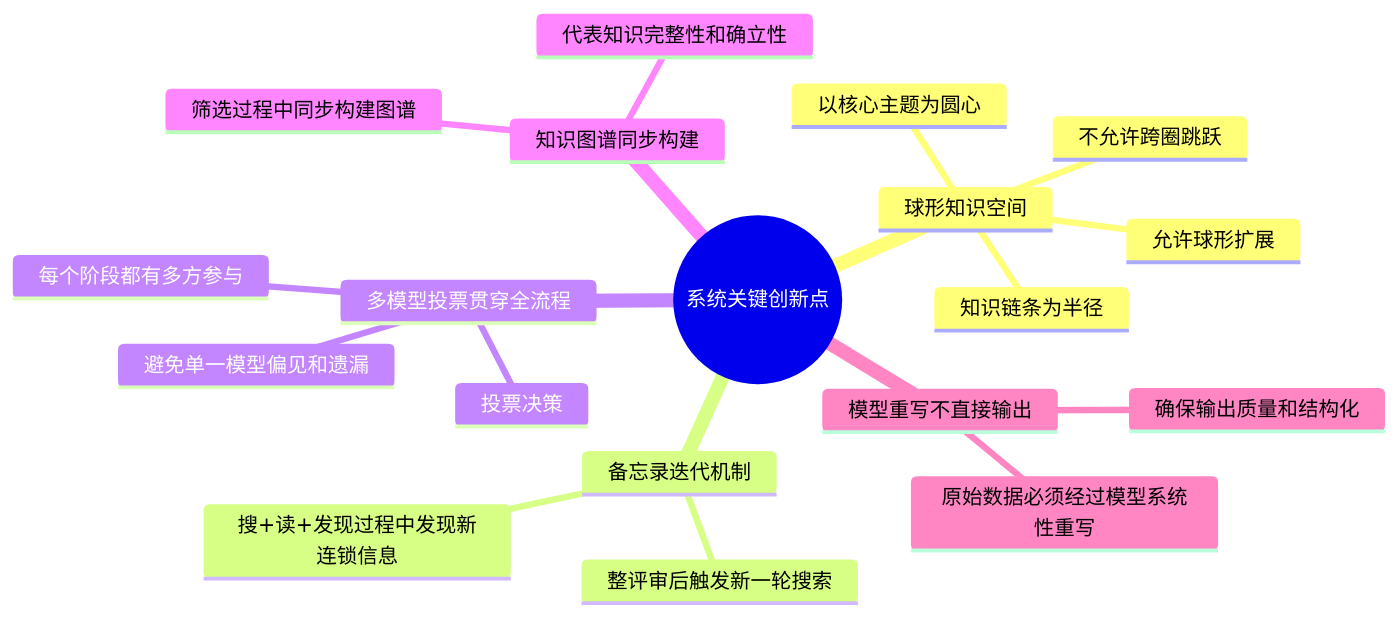
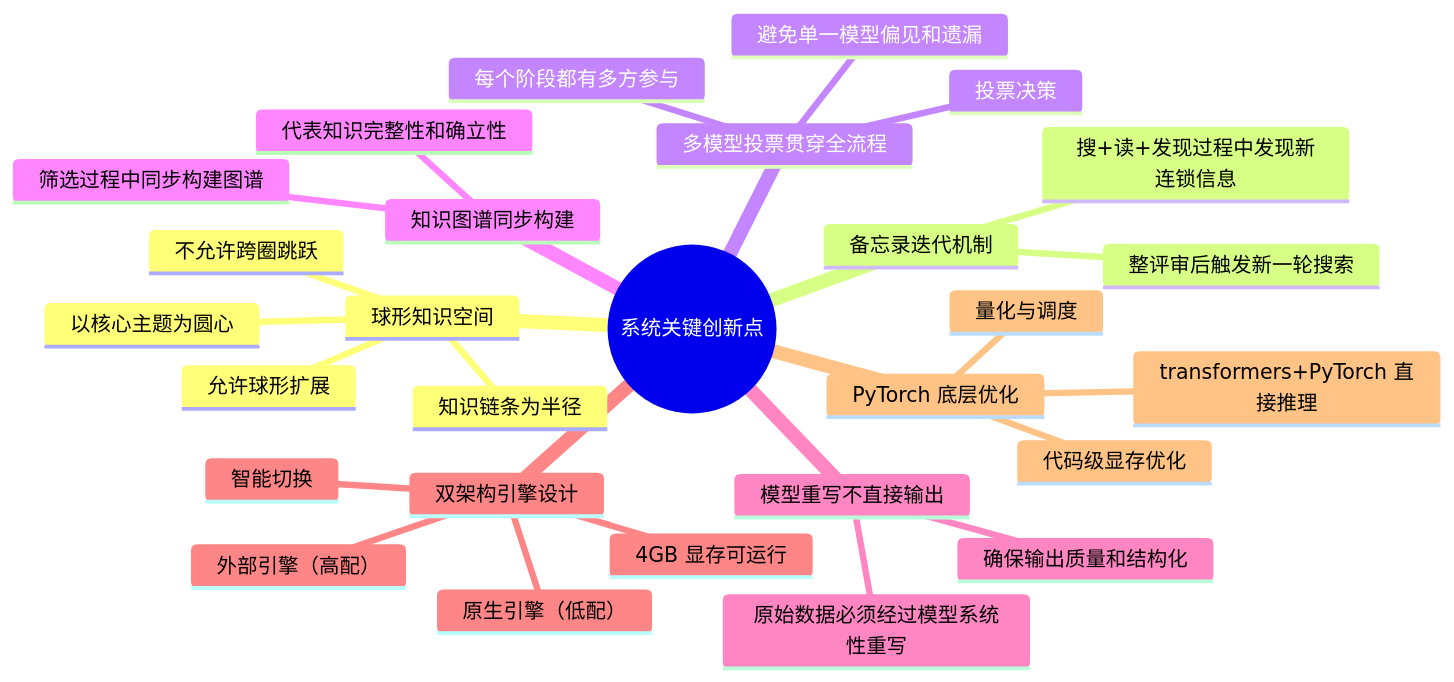
Diagram 28 of 36 in docs/智能知识构建系统架构文档.md (Jamsyan/Ikos), drawn with Mermaid before and after one commit. The commit also changed other lines of this file and 47 other files, not shown here.

````diff
--- a/docs/智能知识构建系统架构文档.md
+++ b/docs/智能知识构建系统架构文档.md
@@ -1012,22 +1095,31 @@
 ```mermaid
 mindmap
   root((系统关键创新点))
     球形知识空间
       以核心主题为圆心
       知识链条为半径
       允许球形扩展
       不允许跨圈跳跃
     备忘录迭代机制
       搜+读+发现过程中发现新连锁信息
       整评审后触发新一轮搜索
     多模型投票贯穿全流程
       每个阶段都有多方参与
       投票决策
       避免单一模型偏见和遗漏
     知识图谱同步构建
       筛选过程中同步构建图谱
       代表知识完整性和确立性
     模型重写不直接输出
       原始数据必须经过模型系统性重写
       确保输出质量和结构化
+    双架构引擎设计
+      外部引擎（高配）
+      原生引擎（低配）
+      智能切换
+      4GB 显存可运行
+    PyTorch 底层优化
+      transformers+PyTorch 直接推理
+      代码级显存优化
+      量化与调度
 ```
````
